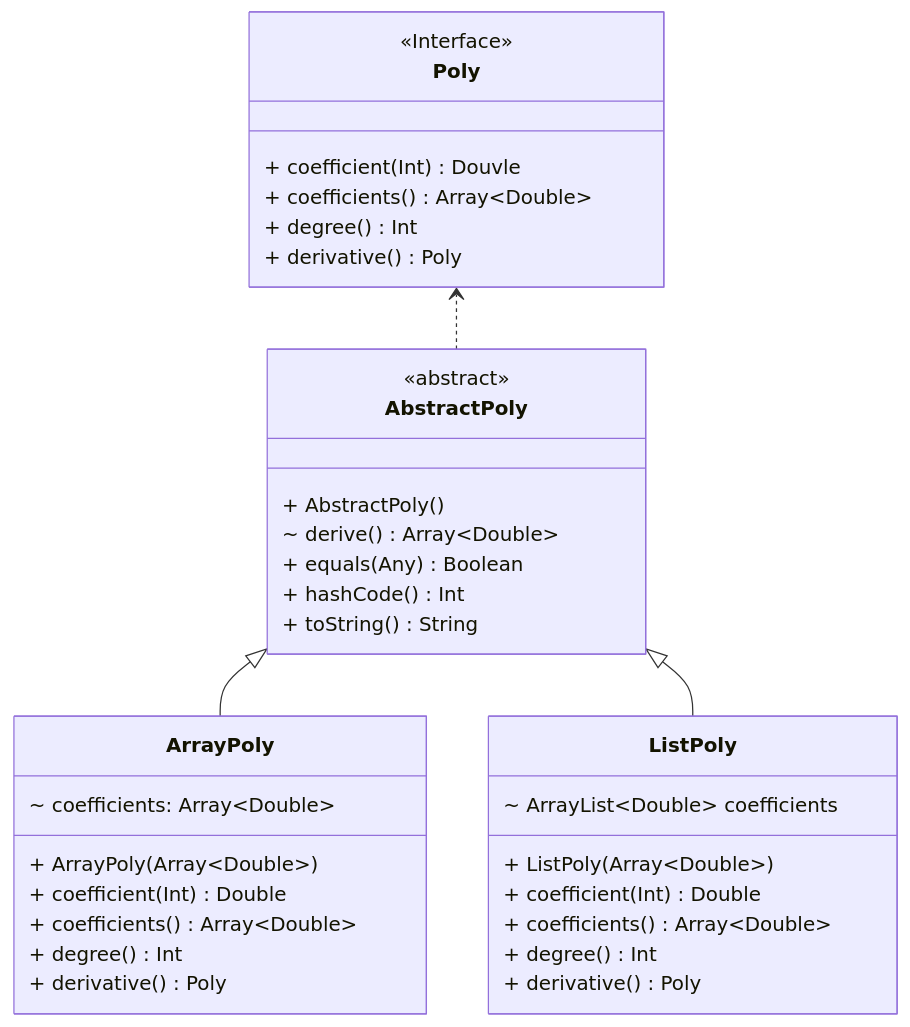
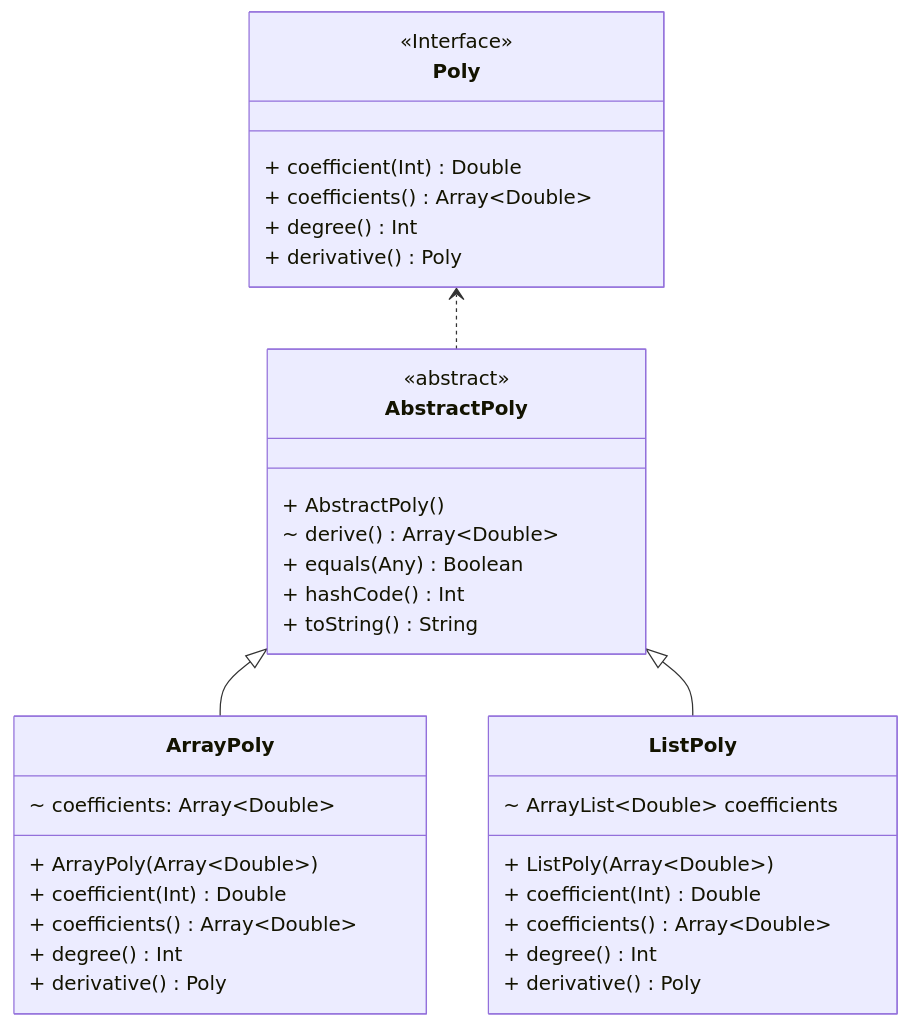
One commit to MatteV02/kotlin-core changed diagram 12 of 13 in src/main/kotlin/com/MatteV02/exercises/oop/README.md. Above: the diagram before and after it, drawn with Mermaid. The commit also changed 4 other files, not shown here.

````diff
--- a/src/main/kotlin/com/MatteV02/exercises/oop/README.md
+++ b/src/main/kotlin/com/MatteV02/exercises/oop/README.md
@@ -548,39 +548,39 @@
 ```mermaid
 classDiagram
     direction BT
     class AbstractPoly {
         <<abstract>>
         + AbstractPoly()
         ~ derive() Array~Double~
         + equals(Any) Boolean
         + hashCode() Int
         + toString() String
     }
     class ArrayPoly {
         ~ coefficients: Array~Double~
         + ArrayPoly(Array~Double~)
         + coefficient(Int) Double
         + coefficients() Array~Double~
         + degree() Int
         + derivative() Poly
     }
     class ListPoly {
         ~ ArrayList~Double~ coefficients
         + ListPoly(Array~Double~)
         + coefficient(Int) Double
         + coefficients() Array~Double~
         + degree() Int
         + derivative() Poly
     }
     class Poly {
         <<Interface>>
-        + coefficient(Int) Douvle
+        + coefficient(Int) Double
         + coefficients() Array~Double~
         + degree() Int
         + derivative() Poly
     }
 
     AbstractPoly ..> Poly
     ArrayPoly --|> AbstractPoly
     ListPoly --|> AbstractPoly
 ```
````
